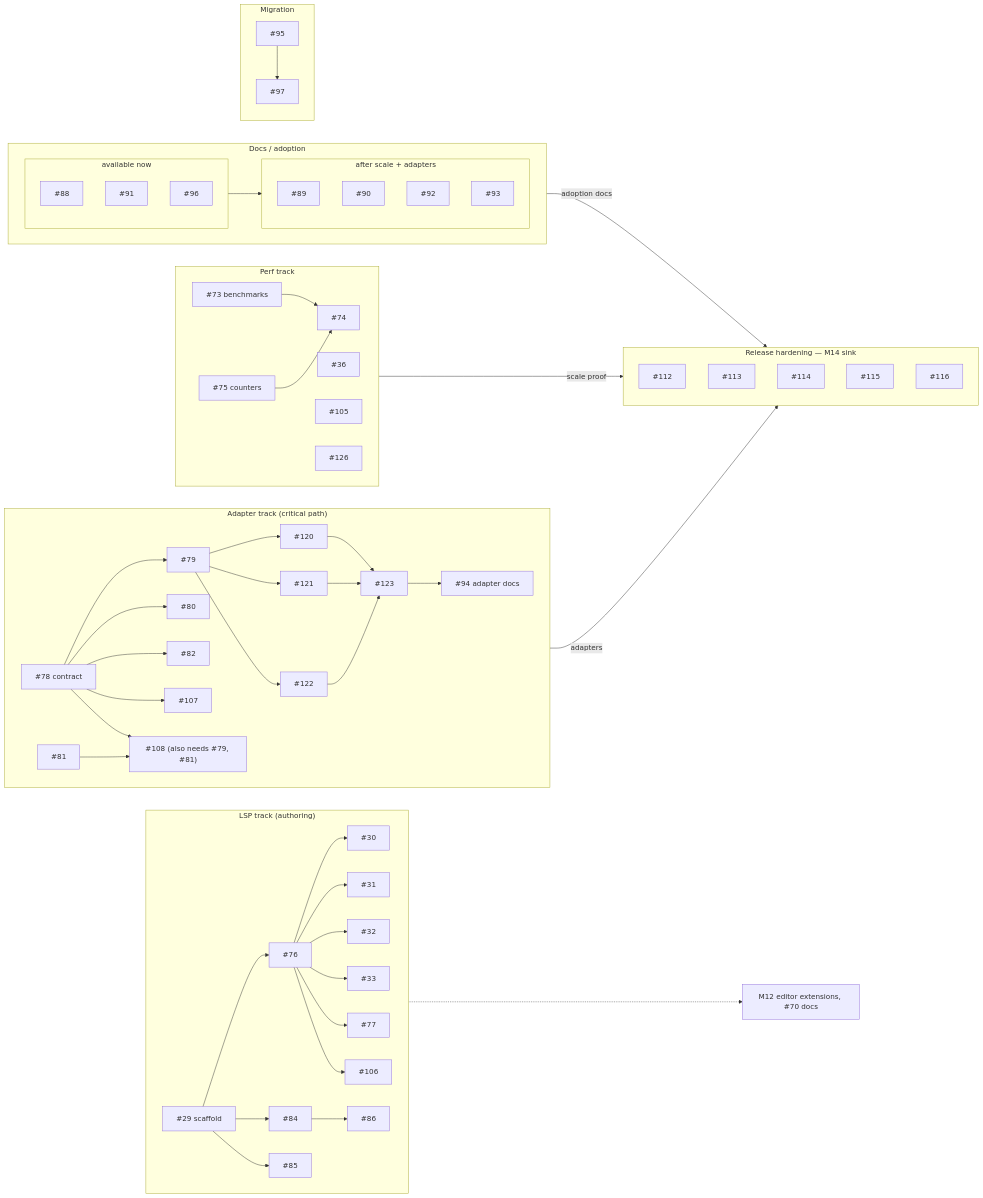
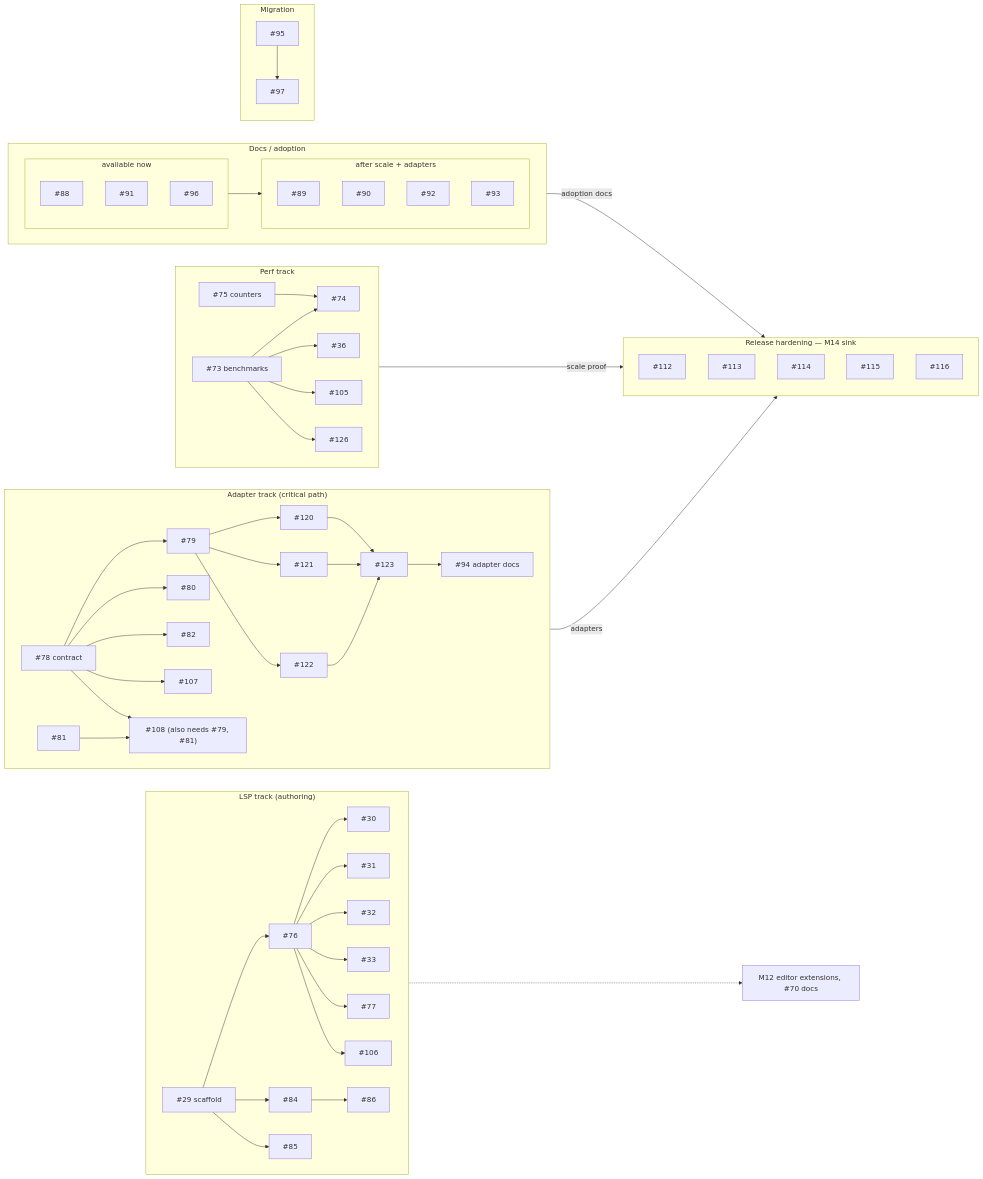
The diagram in docs/roadmap.md (plethu/recite), drawn with Mermaid before and after one commit.

Commit message:
docs: connect perf issues #36/#105/#126 to #73 in roadmap graph

````diff
--- a/docs/roadmap.md
+++ b/docs/roadmap.md
@@ -49,75 +49,75 @@
 ```mermaid
 flowchart LR
   subgraph LSP["LSP track (authoring)"]
     direction LR
     i29["#29 scaffold"] --> i76["#76"]
     i29 --> i84["#84"]
     i29 --> i85["#85"]
     i76 --> i30["#30"]
     i76 --> i31["#31"]
     i76 --> i32["#32"]
     i76 --> i33["#33"]
     i76 --> i77["#77"]
     i76 --> i106["#106"]
     i84 --> i86["#86"]
   end
 
   subgraph ADP["Adapter track (critical path)"]
     direction LR
     i78["#78 contract"] --> i79["#79"]
     i78 --> i80["#80"]
     i78 --> i82["#82"]
     i78 --> i107["#107"]
     i79 --> i120["#120"]
     i79 --> i121["#121"]
     i79 --> i122["#122"]
     i120 --> i123["#123"]
     i121 --> i123
     i122 --> i123
     i123 --> i94["#94 adapter docs"]
     i78 --> i108["#108 (also needs #79, #81)"]
     i81["#81"] --> i108
   end
 
   subgraph PERF["Perf track"]
     direction LR
     i73["#73 benchmarks"] --> i74["#74"]
+    i73 --> i36["#36"]
+    i73 --> i105["#105"]
+    i73 --> i126["#126"]
     i75["#75 counters"] --> i74
-    i36["#36"]
-    i105["#105"]
-    i126["#126"]
   end
 
   subgraph DOCS["Docs / adoption"]
     direction LR
     subgraph DNOW["available now"]
       i88["#88"]
       i91["#91"]
       i96["#96"]
     end
     subgraph DLATER["after scale + adapters"]
       i89["#89"]
       i90["#90"]
       i92["#92"]
       i93["#93"]
     end
     DNOW --> DLATER
   end
 
   subgraph MIG["Migration"]
     i95["#95"] --> i97["#97"]
   end
 
   subgraph REL["Release hardening — M14 sink"]
     i112["#112"]
     i113["#113"]
     i114["#114"]
     i115["#115"]
     i116["#116"]
   end
 
   i85 -.-> editor["M12 editor extensions, #70 docs"]
   i94 -- adapters --> REL
   i74 -- scale proof --> REL
   DLATER -- adoption docs --> REL
 ```
````
